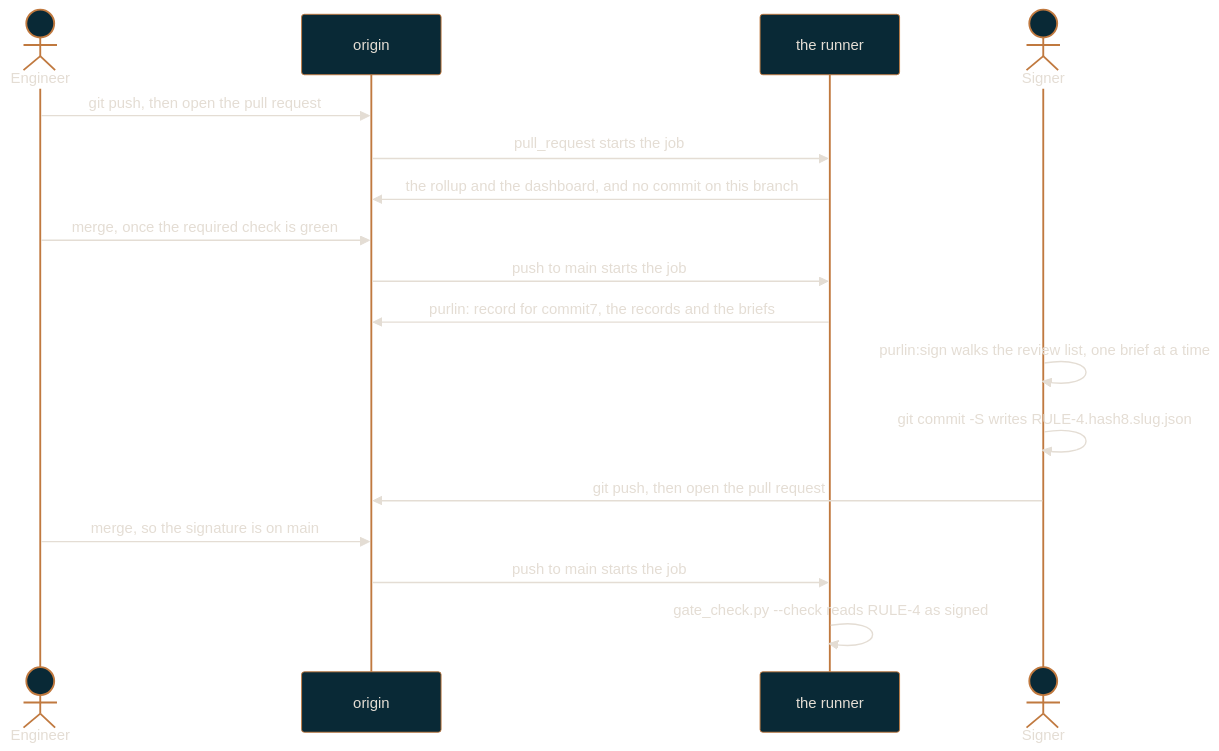
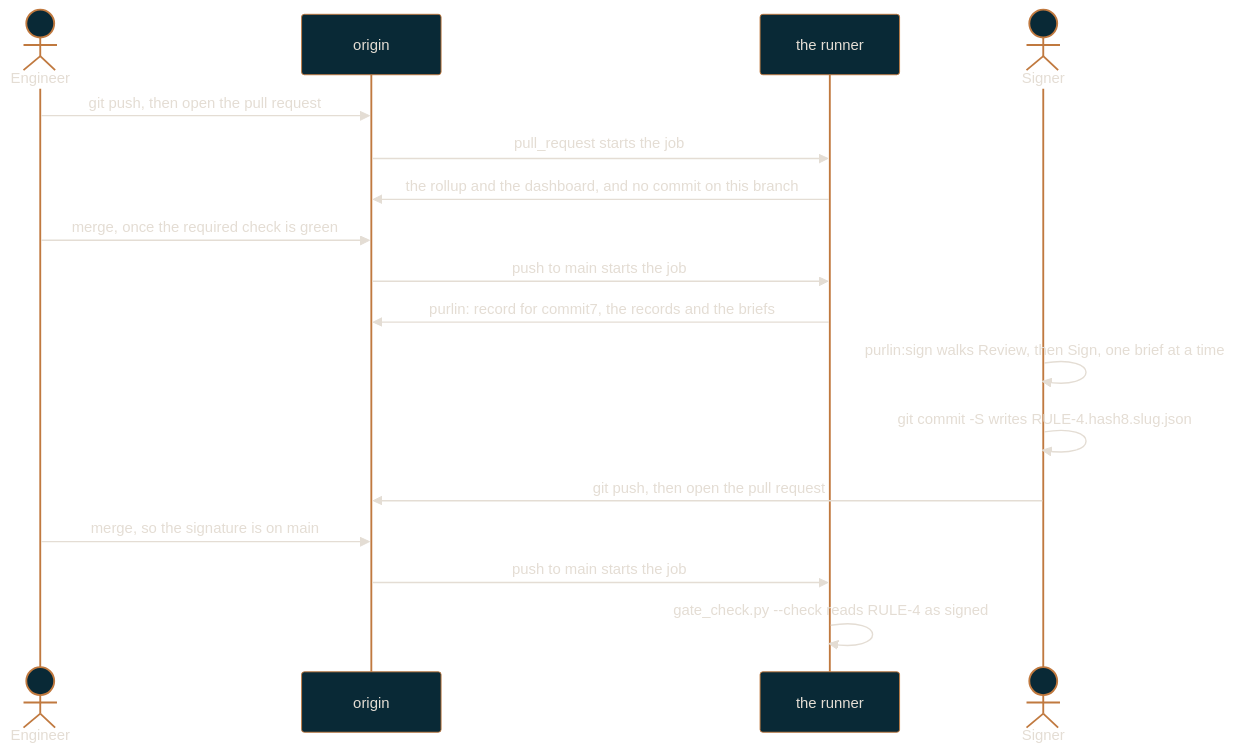
One commit to rlabarca/purlin changed the diagram in docs/regulated-workflow.md. Above: the diagram before and after it, drawn with Mermaid. The commit also changed other lines of this file and 24 other files, not shown here.

First line of the commit message:
docs: the bar, not audited and unsettled, and the Review and Sign tabs

````diff
--- a/docs/regulated-workflow.md
+++ b/docs/regulated-workflow.md
@@ -33,20 +33,20 @@
 ```mermaid
 %%{init: {"theme": "base", "themeVariables": {"background": "#0C3444", "primaryColor": "#092936", "primaryTextColor": "#E4DDD4", "primaryBorderColor": "#C0793F", "lineColor": "#C0793F", "secondaryColor": "#0C3444", "tertiaryColor": "#092936", "fontFamily": "Arial", "textColor": "#E4DDD4"}}}%%
 sequenceDiagram
     actor Engineer
     participant Origin as origin
     participant CI as the runner
     actor Signer
     Engineer->>Origin: git push, then open the pull request
     Origin->>CI: pull_request starts the job
     CI->>Origin: the rollup and the dashboard, and no commit on this branch
     Engineer->>Origin: merge, once the required check is green
     Origin->>CI: push to main starts the job
     CI->>Origin: purlin: record for commit7, the records and the briefs
-    Signer->>Signer: purlin:sign walks the review list, one brief at a time
+    Signer->>Signer: purlin:sign walks Review, then Sign, one brief at a time
     Signer->>Signer: git commit -S writes RULE-4.hash8.slug.json
     Signer->>Origin: git push, then open the pull request
     Engineer->>Origin: merge, so the signature is on main
     Origin->>CI: push to main starts the job
     CI->>CI: gate_check.py --check reads RULE-4 as signed
 ```
````
